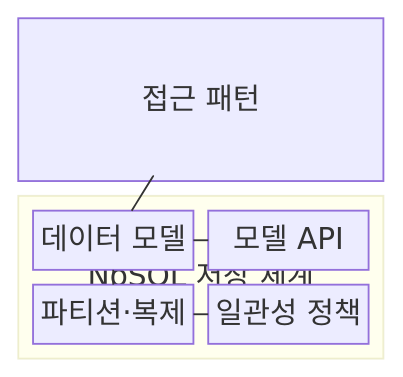
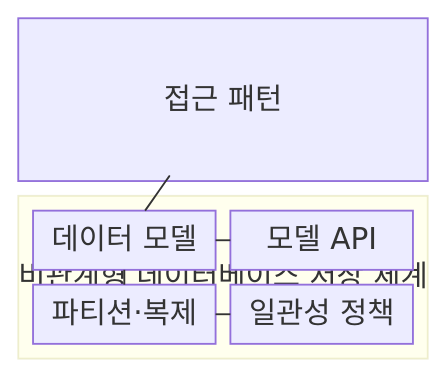
The first of 2 diagrams in src/content/docs/notes/03-software/102_nosql_types.md (agnusdei1207/knowledge-base), drawn with Mermaid before and after one commit. The commit also changed other lines of this file, not shown here.

Commit message:
Align NoSQL model key terms

````diff
--- a/src/content/docs/notes/03-software/102_nosql_types.md
+++ b/src/content/docs/notes/03-software/102_nosql_types.md
@@ -63,16 +68,16 @@
 ```mermaid
 block
   columns 1
   A["접근 패턴"]
-  block:N["NoSQL 저장 체계"]
+  block:N["비관계형 데이터베이스 저장 체계"]
     columns 2
     M["데이터 모델"]
     I["모델 API"]
     P["파티션·복제"]
     C["일관성 정책"]
   end
   A --- M
   M --- I
   M --- P
   P --- C
 ```
````
